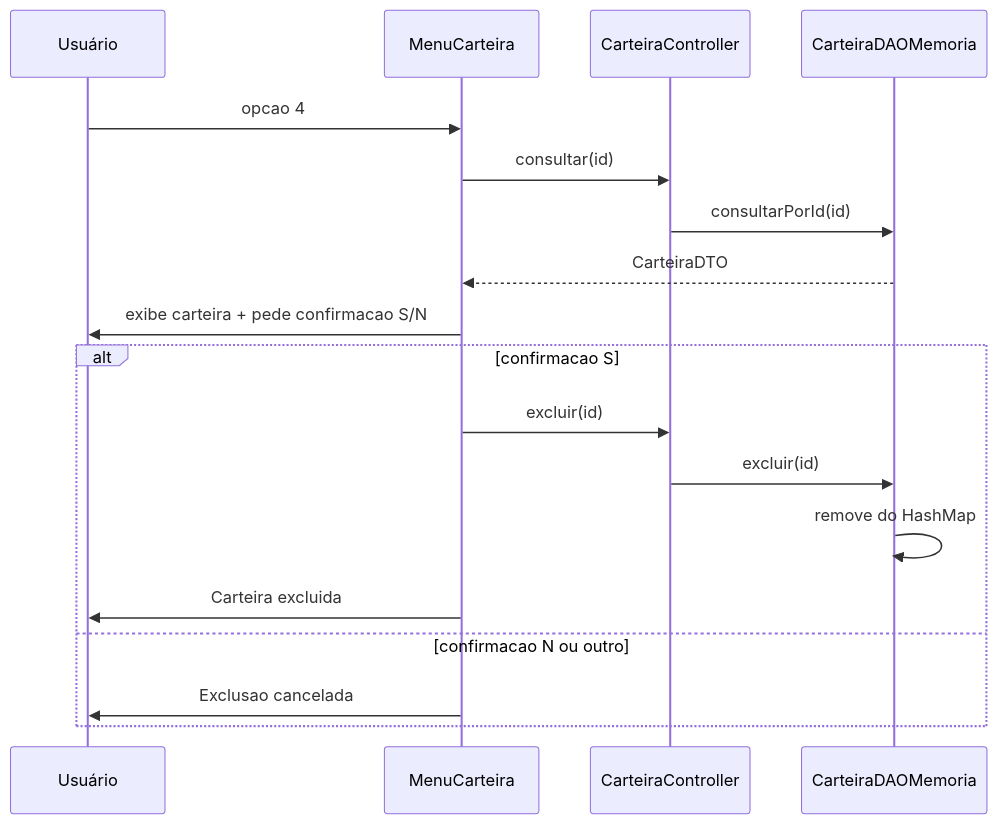
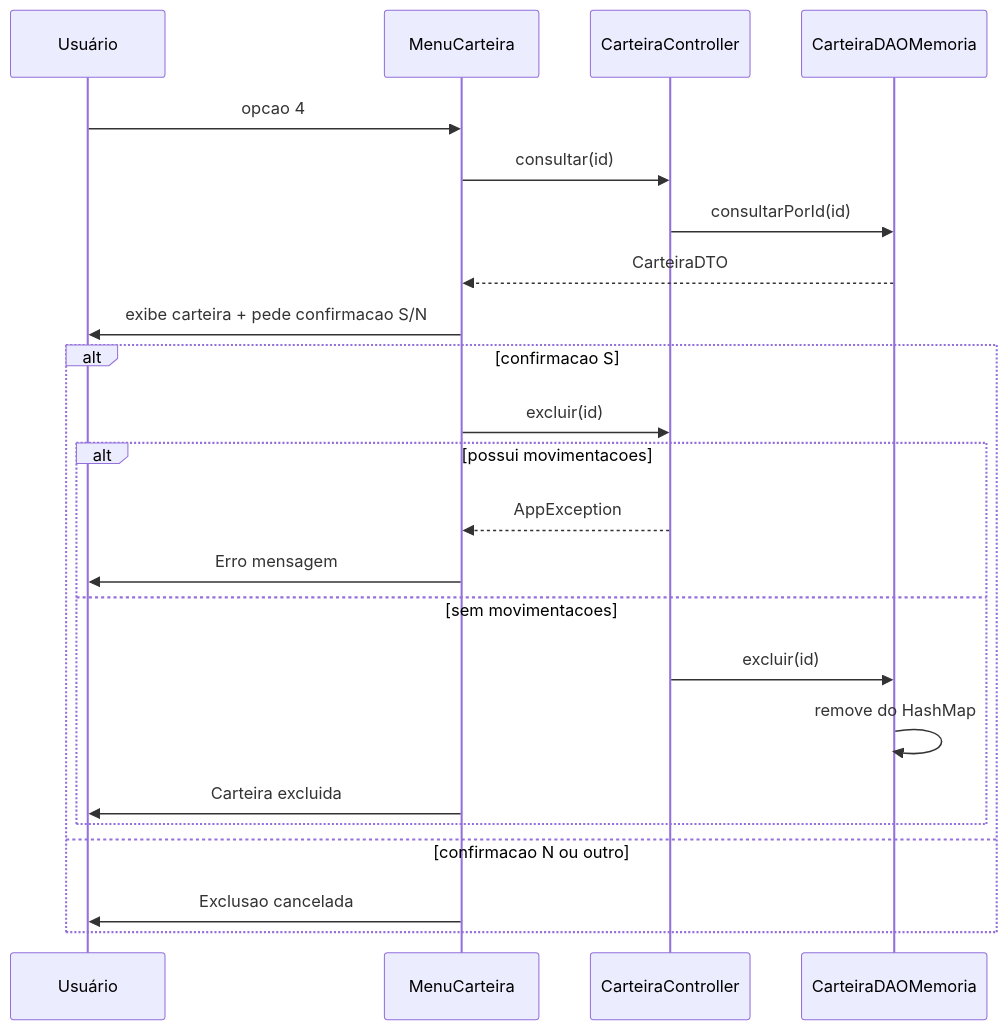
One commit to CassianoBorborema/FT_Coin changed the seventh of 9 diagrams in docs/fluxo-carteira.md. Above: the diagram before and after it, drawn with Mermaid. The commit also changed other lines of this file and 17 other files, not shown here.

````diff
--- a/docs/fluxo-carteira.md
+++ b/docs/fluxo-carteira.md
@@ -213,21 +213,26 @@
 ```mermaid
 sequenceDiagram
     participant User as Usuário
     participant MC as MenuCarteira
     participant Ctrl as CarteiraController
     participant DAO as CarteiraDAOMemoria
 
     User->>MC: opcao 4
     MC->>Ctrl: consultar(id)
     Ctrl->>DAO: consultarPorId(id)
     DAO-->>MC: CarteiraDTO
     MC->>User: exibe carteira + pede confirmacao S/N
     alt confirmacao S
         MC->>Ctrl: excluir(id)
-        Ctrl->>DAO: excluir(id)
-        DAO->>DAO: remove do HashMap
-        MC->>User: Carteira excluida
+        alt possui movimentacoes
+            Ctrl-->>MC: AppException
+            MC->>User: Erro mensagem
+        else sem movimentacoes
+            Ctrl->>DAO: excluir(id)
+            DAO->>DAO: remove do HashMap
+            MC->>User: Carteira excluida
+        end
     else confirmacao N ou outro
         MC->>User: Exclusao cancelada
     end
 ```
````
